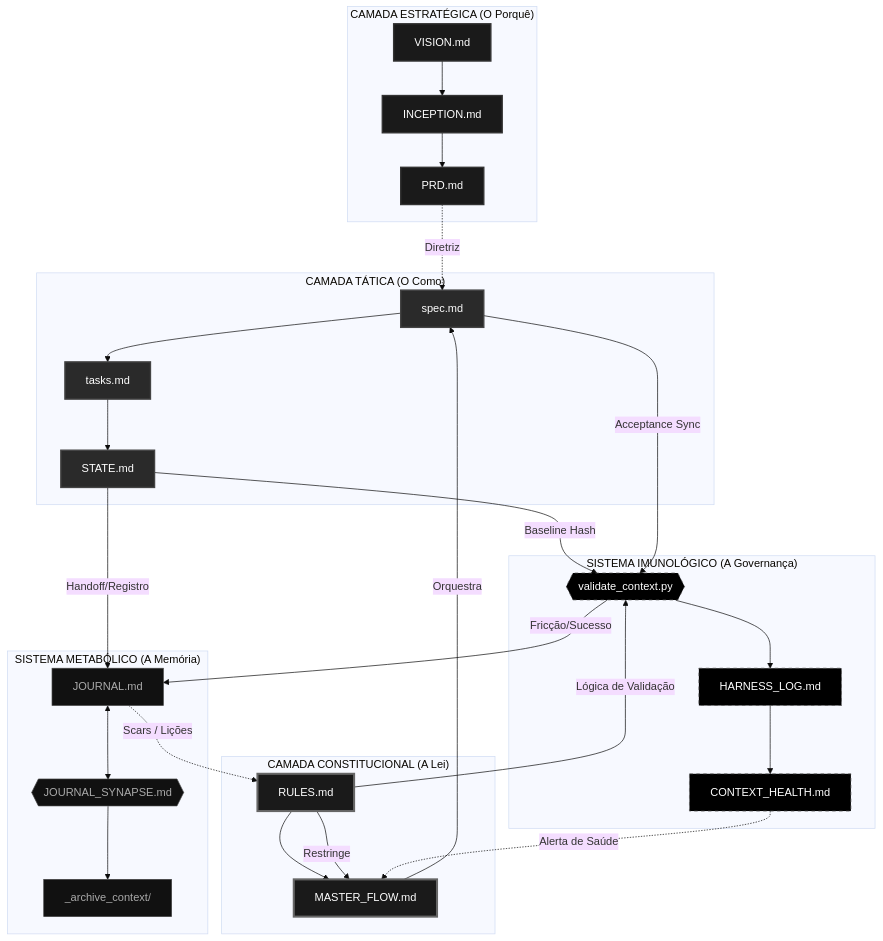
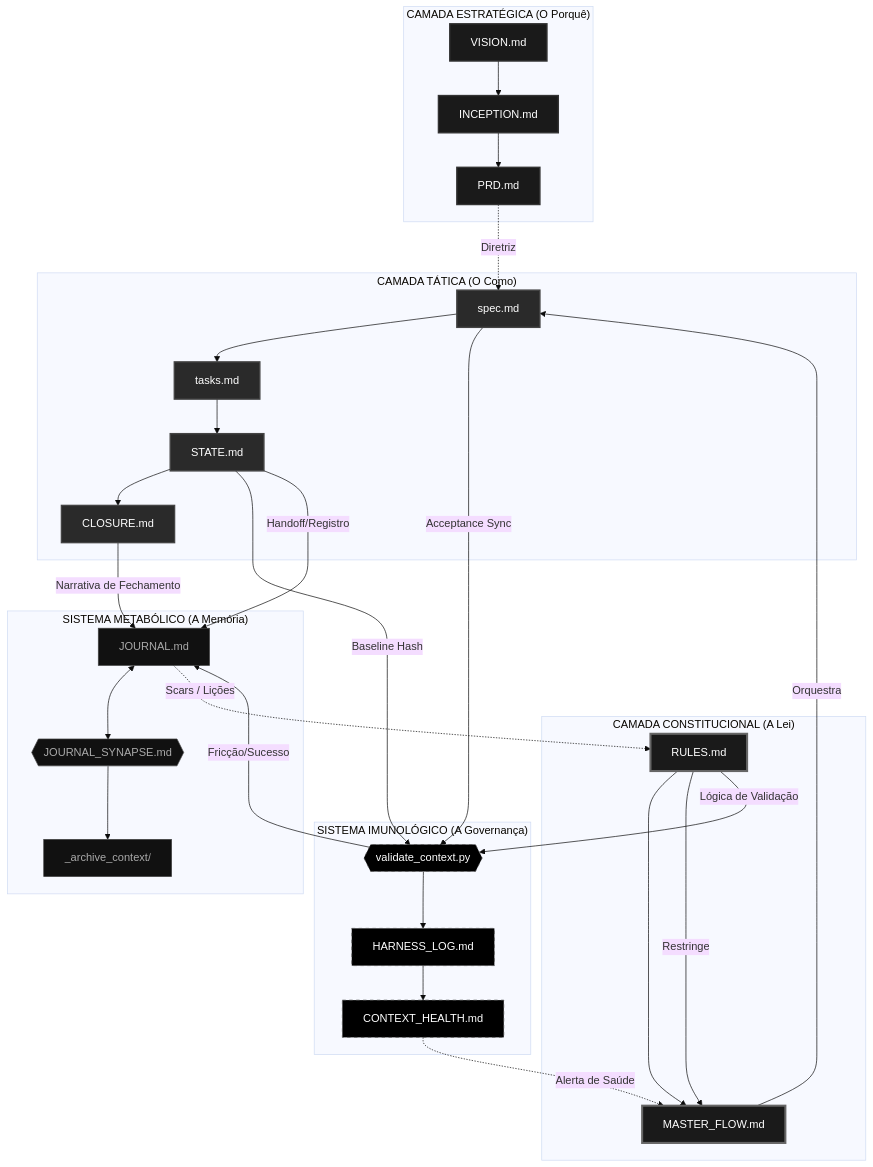
The diagram in .context/maintenance/rx-communications.md (TalesAvancini/landingpg-crm), drawn with Mermaid (base theme) before and after one commit. The commit also changed other lines of this file and 11 other files, not shown here.

````diff
--- a/.context/maintenance/rx-communications.md
+++ b/.context/maintenance/rx-communications.md
@@ -15,65 +15,67 @@
 ```mermaid
 graph TD
     %% ESTILOS (Dark/Technical)
     classDef strategic fill:#1a1a1a,stroke:#333,color:#fff,stroke-width:2px
     classDef tactical fill:#2a2a2a,stroke:#444,color:#fff,stroke-width:2px
     classDef immune fill:#000,stroke:#555,color:#fff,stroke-dasharray: 5 5
     classDef metabolic fill:#111,stroke:#444,color:#aaa
     classDef process fill:#1a1a1a,stroke:#666,color:#fff,stroke-width:3px
 
     subgraph "CAMADA ESTRATÉGICA (O Porquê)"
         VIS["VISION.md"]:::strategic
         INC["INCEPTION.md"]:::strategic
         PRD["PRD.md"]:::strategic
         VIS --> INC --> PRD
     end
 
     subgraph "CAMADA CONSTITUCIONAL (A Lei)"
         RUL["RULES.md"]:::process
         MF["MASTER_FLOW.md"]:::process
         RUL --> MF
     end
 
     subgraph "CAMADA TÁTICA (O Como)"
         SPEC["spec.md"]:::tactical
         TASK["tasks.md"]:::tactical
         STATE["STATE.md"]:::tactical
-        SPEC --> TASK --> STATE
+        CLO["CLOSURE.md"]:::tactical
+        SPEC --> TASK --> STATE --> CLO
     end
 
     subgraph "SISTEMA IMUNOLÓGICO (A Governança)"
         VAL{{validate_context.py}}:::immune
         LOG["HARNESS_LOG.md"]:::immune
         HEALTH["CONTEXT_HEALTH.md"]:::immune
         VAL --> LOG --> HEALTH
     end
 
     subgraph "SISTEMA METABÓLICO (A Memória)"
         JOU["JOURNAL.md"]:::metabolic
         SYN{{JOURNAL_SYNAPSE.md}}:::metabolic
         ARC["_archive_context/"]:::metabolic
         JOU <--> SYN --> ARC
     end
 
     %% CONEXÕES DE FLUXO (As Linhas de Contato)
     
     %% Intenção para Tático
     PRD -.->|Diretriz| SPEC
     
     %% Constituição para todos
     MF -->|Orquestra| SPEC
     RUL -->|Restringe| MF
     RUL -->|Lógica de Validação| VAL
     
     %% Tático para Governança
     STATE -- "Baseline Hash" --> VAL
     SPEC -- "Acceptance Sync" --> VAL
     
     %% Execução para Memória
     STATE -- "Handoff/Registro" --> JOU
+    CLO -- "Narrativa de Fechamento" --> JOU
     VAL -- "Fricção/Sucesso" --> JOU
     
     %% Feedback Loop
     JOU -.->|Scars / Lições| RUL
     HEALTH -.->|Alerta de Saúde| MF
 ```
````
